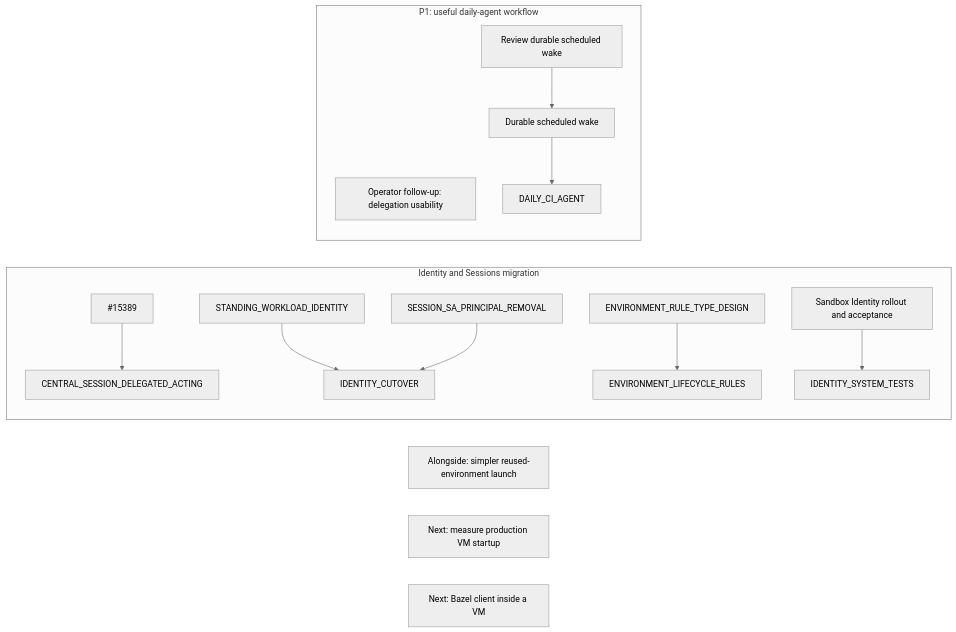
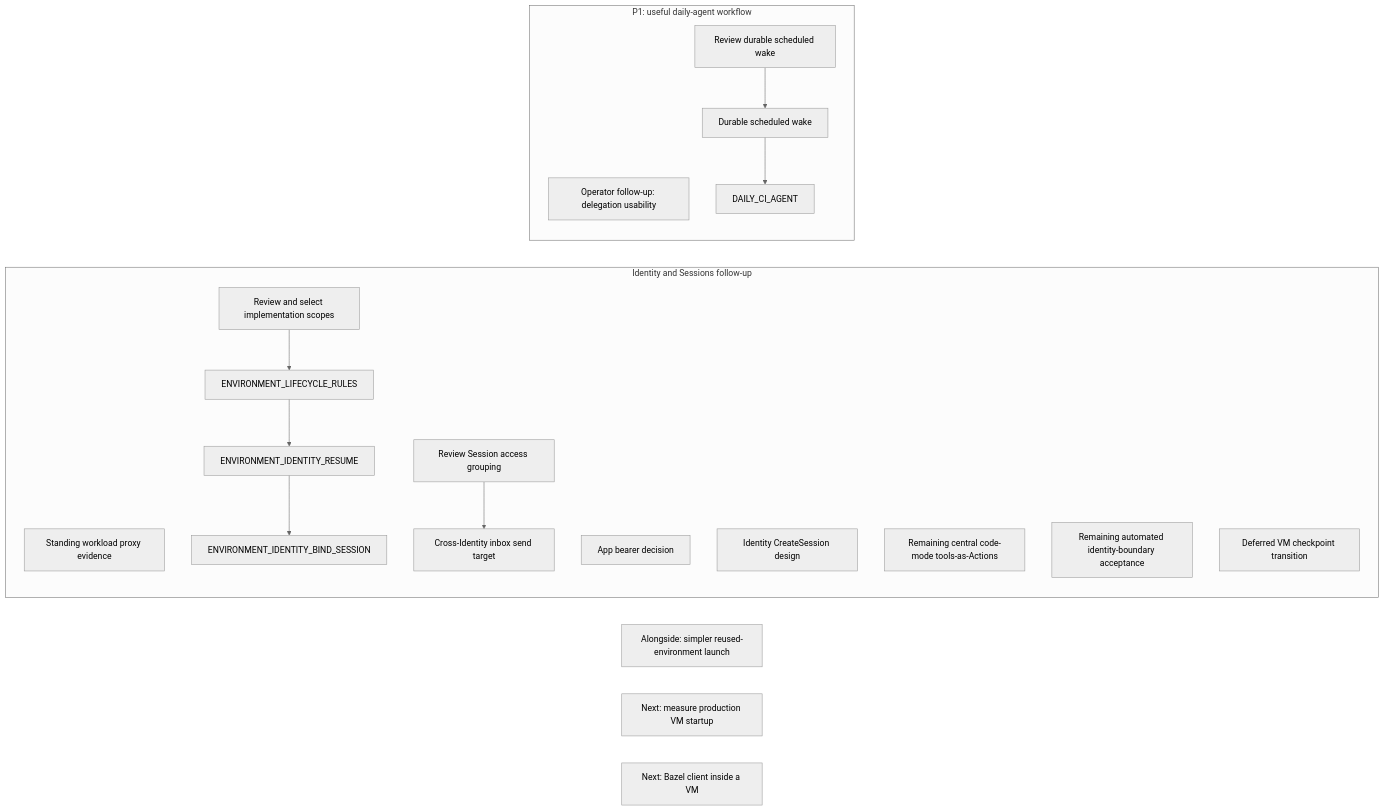
One commit to agentydragon/ducktape changed the first of 18 diagrams in agentplane/plans/task_dag.md. Above: the diagram before and after it, drawn with Mermaid (neutral theme). The commit also changed other lines of this file and 6 other files, not shown here.

Commit message:
docs(agentplane): refresh identity cutover contract tracking

````diff
--- a/agentplane/plans/task_dag.md
+++ b/agentplane/plans/task_dag.md
@@ -203,18 +201,22 @@
 ```mermaid
 flowchart LR
-    subgraph IDENTITY_TRACK[Identity and Sessions migration]
-        SERVICES_IDENTITY_PRINCIPAL[#15389] --> CENTRAL_SESSION_DELEGATED_ACTING
-        STANDING_WORKLOAD_IDENTITY --> IDENTITY_CUTOVER
-        ENVIRONMENT_RULE_TYPE_DESIGN --> ENVIRONMENT_LIFECYCLE_RULES
-        SANDBOX_IDENTITY_SPEC[Sandbox Identity rollout and acceptance] --> IDENTITY_SYSTEM_TESTS
-        SESSION_SA_PRINCIPAL_REMOVAL --> IDENTITY_CUTOVER
+    subgraph IDENTITY_TRACK[Identity and Sessions follow-up]
+        STANDING_WORKLOAD_IDENTITY[Standing workload proxy evidence]
+        ENVIRONMENT_RULE_TYPE_DESIGN[Review and select implementation scopes] --> ENVIRONMENT_LIFECYCLE_RULES
+        ENVIRONMENT_LIFECYCLE_RULES --> ENVIRONMENT_IDENTITY_RESUME --> ENVIRONMENT_IDENTITY_BIND_SESSION
+        SESSION_ACCESS_GROUPING_DESIGN[Review Session access grouping] --> SESSION_IDENTITY_AUTHZ[Cross-Identity inbox send target]
+        APP_AGENT_TOKEN_DECISION[App bearer decision]
+        SESSION_SUBAGENT_DELEGATION[Identity CreateSession design]
+        CENTRAL_SESSION_DELEGATED_ACTING[Remaining central code-mode tools-as-Actions]
+        IDENTITY_SYSTEM_TESTS[Remaining automated identity-boundary acceptance]
+        SANDBOX_IDENTITY_CHANGE_CHECKPOINT[Deferred VM checkpoint transition]
     end
     subgraph PRIORITY_ONE[P1: useful daily-agent workflow]
         THREAD_CREATE_AUTHORIZATION[Operator follow-up: delegation usability]
         SCHEDULED_AGENT_WAKE_DESIGN[Review durable scheduled wake] --> SCHEDULED_AGENT_WAKE
         SCHEDULED_AGENT_WAKE[Durable scheduled wake] --> DAILY_CI_AGENT
     end
     SESSION_LAUNCH_FRICTION[Alongside: simpler reused-environment launch]
     VM_STARTUP_LATENCY[Next: measure production VM startup]
     LOCAL_BAZEL[Next: Bazel client inside a VM]
 ```
````
